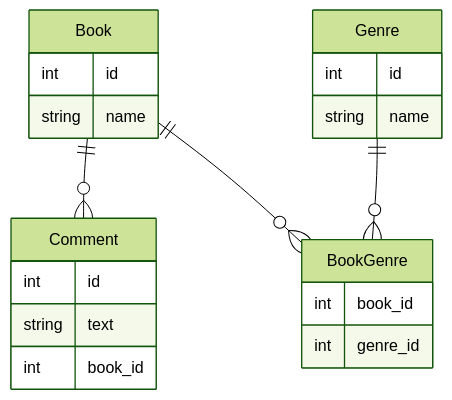
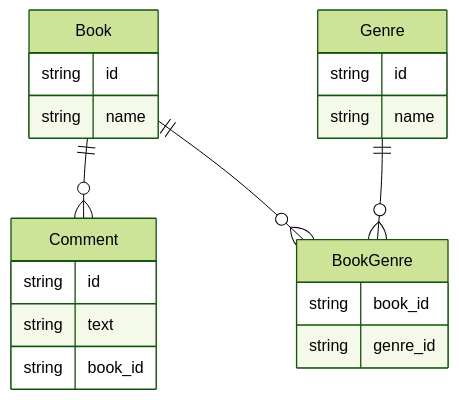
The second of 7 diagrams in articles/abceef00258275.md (gn-t-k/zenn-content), drawn with Mermaid (forest theme) before and after one commit. The commit also changed other lines of this file, not shown here.

````diff
--- a/articles/abceef00258275.md
+++ b/articles/abceef00258275.md
@@ -58,27 +58,27 @@
 ```mermaid
 erDiagram
     Book {
-        int id
+        string id
         string name
     }
 
     Genre {
-        int id
+        string id
         string name
     }
 
     Comment {
-        int id
+        string id
         string text
-        int book_id
+        string book_id
     }
 
     BookGenre {
-        int book_id
-        int genre_id
+        string book_id
+        string genre_id
     }
 
     Book ||--o{ Comment : ""
     Book ||--o{ BookGenre : ""
     Genre ||--o{ BookGenre : ""
 ```
````
